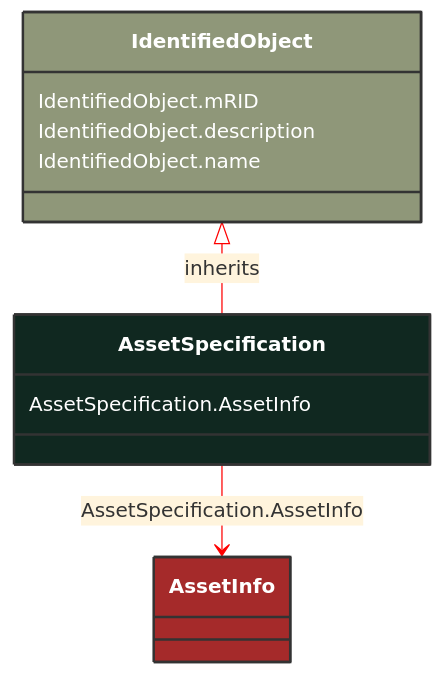
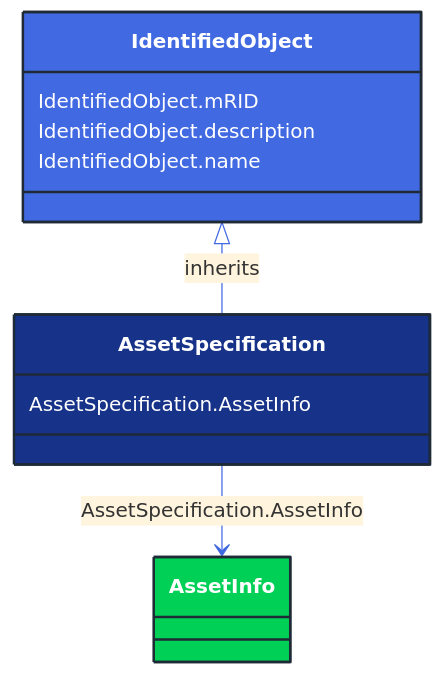
One commit to 3lbits/NoCIMExtensions changed the diagram in docs/Models/Profiles/SubseaCableInfo/ConcreteClasses/AssetSpecification.md. Above: the diagram before and after it, drawn with Mermaid. The commit also changed 362 other files, not shown here.

First line of the commit message:
Update diagrams and styles for improved visual consistency

````diff
--- a/docs/Models/Profiles/SubseaCableInfo/ConcreteClasses/AssetSpecification.md
+++ b/docs/Models/Profiles/SubseaCableInfo/ConcreteClasses/AssetSpecification.md
@@ -8,23 +8,23 @@
 ```mermaid
-%%{init: {'theme':'base','themeVariables': {'lineColor': '#FF0000'}}}%%
+%%{init: {'theme':'base','themeVariables': {'lineColor': '#4169E1'}}}%%
 classDiagram
     class AssetSpecification
     click AssetSpecification href "/Models/Profiles/SubseaCableInfo/ConcreteClasses/AssetSpecification/"
-    style AssetSpecification fill:#102820,stroke:#333,stroke-width:2px,rx:10,ry:10,color:white
+    style AssetSpecification fill:#163289,stroke:#1F2A37,stroke-width:2px,rx:10,ry:10,color:white
      
         IdentifiedObject <|-- AssetSpecification : inherits
             click IdentifiedObject href "/Models/Profiles/SubseaCableInfo/AbstractClasses/IdentifiedObject/"
-            style IdentifiedObject fill:#8F9779,stroke:#333,stroke-width:2px,rx:10,ry:10,color:white
+            style IdentifiedObject fill:#4169E1,stroke:#1F2A37,stroke-width:2px,rx:10,ry:10,color:white
 
         AssetSpecification --> AssetInfo : AssetSpecification.AssetInfo
 
         AssetInfo
             click AssetInfo href "/Models/Profiles/SubseaCableInfo/AbstractClasses/AssetInfo/"
-            style AssetInfo fill:#A52A2A,stroke:#333,stroke-width:2px,rx:10,ry:10,color:white
+            style AssetInfo fill:#00D156,stroke:#1F2A37,stroke-width:2px,rx:10,ry:10,color:white
 
 
         AssetSpecification : AssetSpecification.AssetInfo
         IdentifiedObject : IdentifiedObject.mRID
         IdentifiedObject : IdentifiedObject.description
         IdentifiedObject : IdentifiedObject.name
 ```
````
